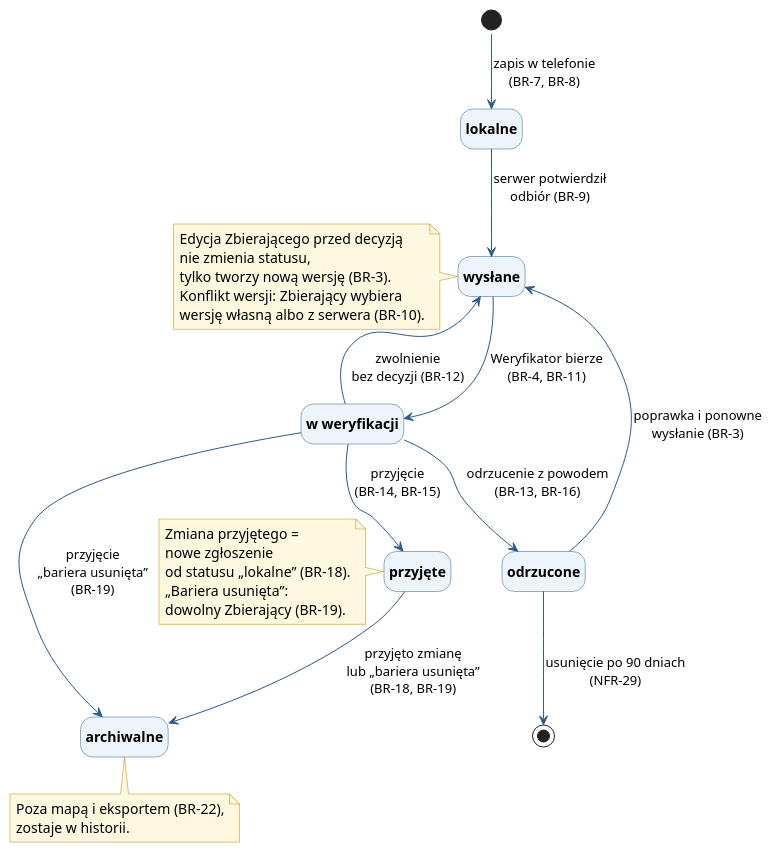
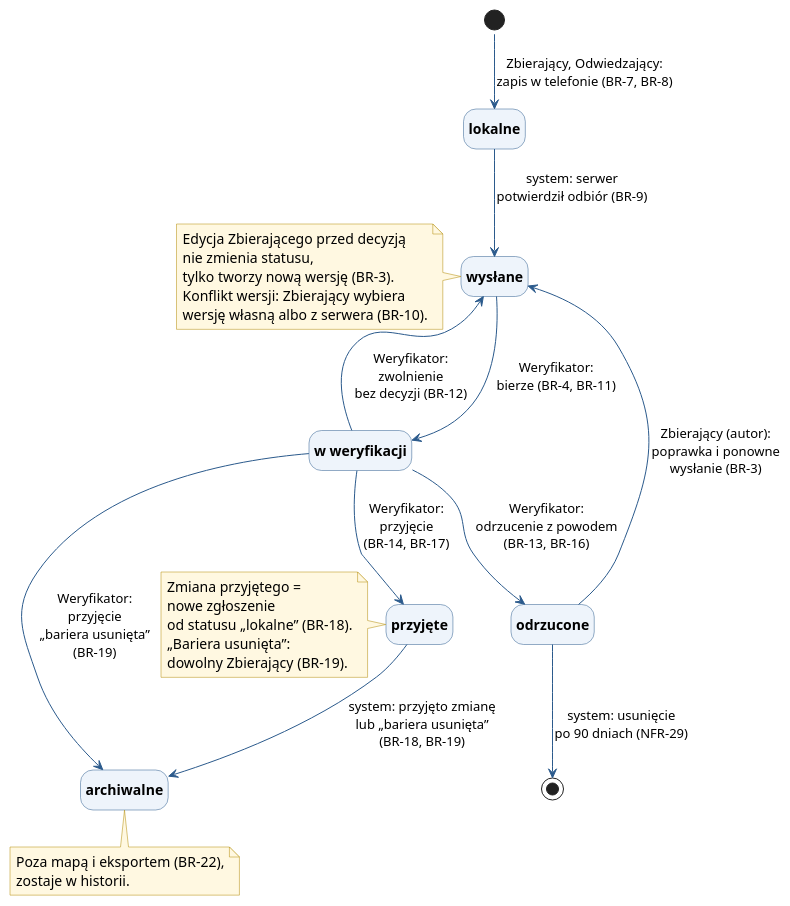
The diagram in docs/docs/biznes/cykl-zgloszenia.puml (dostepny-kampus/dostepny-kampus), drawn with PlantUML before and after one commit.

Commit message:
docs(biznes): fix status diagram to name the actor of every transition

```diff
--- a/docs/docs/biznes/cykl-zgloszenia.puml
+++ b/docs/docs/biznes/cykl-zgloszenia.puml
@@ -1,55 +1,55 @@
 @startuml
 !pragma layout smetana
 hide empty description
 skinparam defaultFontSize 14
 skinparam ArrowColor #2B5A8C
 skinparam ArrowFontSize 13
 skinparam state {
   BackgroundColor #EEF4FB
   BorderColor #2B5A8C
   FontStyle bold
 }
 skinparam note {
   BackgroundColor #FFF8E1
   BorderColor #B08900
 }
 
 state "lokalne" as L
 state "wysłane" as W
 state "w weryfikacji" as V
 state "przyjęte" as P
 state "odrzucone" as O
 state "archiwalne" as A
 
-[*] --> L : zapis w telefonie\n(BR-7, BR-8)
-L --> W : serwer potwierdził\nodbiór (BR-9)
-W --> V : Weryfikator bierze\n(BR-4, BR-11)
-V --> W : zwolnienie\nbez decyzji (BR-12)
-V --> P : przyjęcie\n(BR-14, BR-15)
-V --> O : odrzucenie z powodem\n(BR-13, BR-16)
-O --> W : poprawka i ponowne\nwysłanie (BR-3)
-O --> [*] : usunięcie po 90 dniach\n(NFR-29)
-P --> A : przyjęto zmianę\nlub „bariera usunięta”\n(BR-18, BR-19)
-V --> A : przyjęcie\n„bariera usunięta”\n(BR-19)
+[*] --> L : Zbierający, Odwiedzający:\nzapis w telefonie (BR-7, BR-8)
+L --> W : system: serwer\npotwierdził odbiór (BR-9)
+W --> V : Weryfikator:\nbierze (BR-4, BR-11)
+V --> W : Weryfikator:\nzwolnienie\nbez decyzji (BR-12)
+V --> P : Weryfikator:\nprzyjęcie\n(BR-14, BR-17)
+V --> O : Weryfikator:\nodrzucenie z powodem\n(BR-13, BR-16)
+O --> W : Zbierający (autor):\npoprawka i ponowne\nwysłanie (BR-3)
+O --> [*] : system: usunięcie\npo 90 dniach (NFR-29)
+P --> A : system: przyjęto zmianę\nlub „bariera usunięta”\n(BR-18, BR-19)
+V --> A : Weryfikator:\nprzyjęcie\n„bariera usunięta”\n(BR-19)
 
 note left of P
   Zmiana przyjętego =
   nowe zgłoszenie
   od statusu „lokalne” (BR-18).
   „Bariera usunięta”:
   dowolny Zbierający (BR-19).
 end note
 
 note bottom of A
   Poza mapą i eksportem (BR-22),
   zostaje w historii.
 end note
 
 note left of W
   Edycja Zbierającego przed decyzją
   nie zmienia statusu,
   tylko tworzy nową wersję (BR-3).
   Konflikt wersji: Zbierający wybiera
   wersję własną albo z serwera (BR-10).
 end note
 @enduml
```
